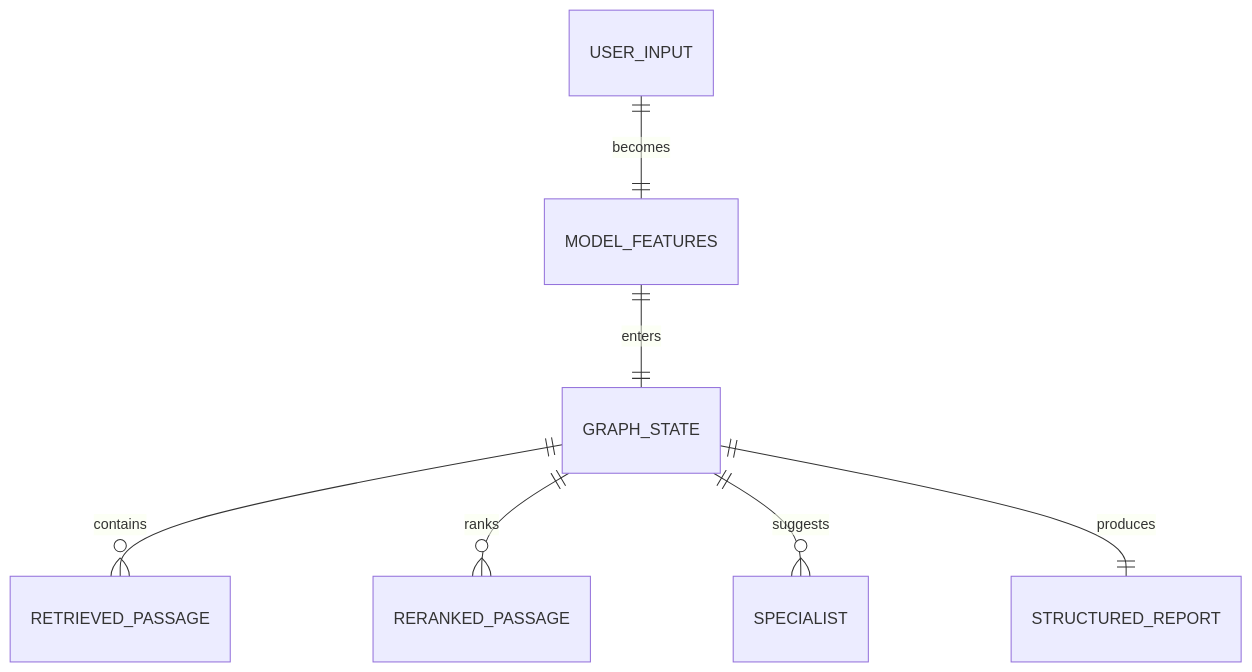
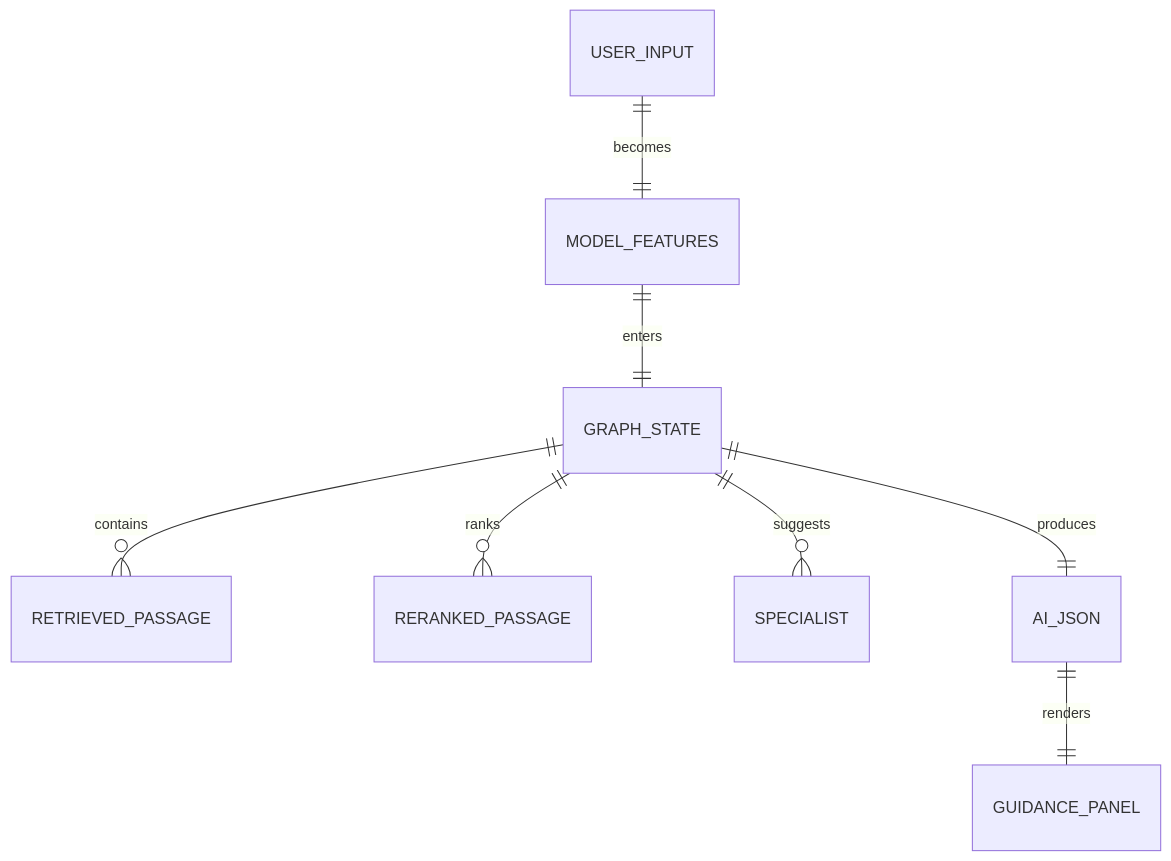
Before and after one commit to Shubham-60/Diabetes-Preidictor: the third of 3 diagrams in README.md, drawn with Mermaid. The commit also changed other lines of this file and 2 other files, not shown here.

Commit message:
Update project documentation and report

````diff
--- a/README.md
+++ b/README.md
@@ -101,9 +125,10 @@
 ```mermaid
 erDiagram
     USER_INPUT ||--|| MODEL_FEATURES : becomes
     MODEL_FEATURES ||--|| GRAPH_STATE : enters
     GRAPH_STATE ||--o{ RETRIEVED_PASSAGE : contains
     GRAPH_STATE ||--o{ RERANKED_PASSAGE : ranks
     GRAPH_STATE ||--o{ SPECIALIST : suggests
-    GRAPH_STATE ||--|| STRUCTURED_REPORT : produces
+    GRAPH_STATE ||--|| AI_JSON : produces
+    AI_JSON ||--|| GUIDANCE_PANEL : renders
 ```
````
